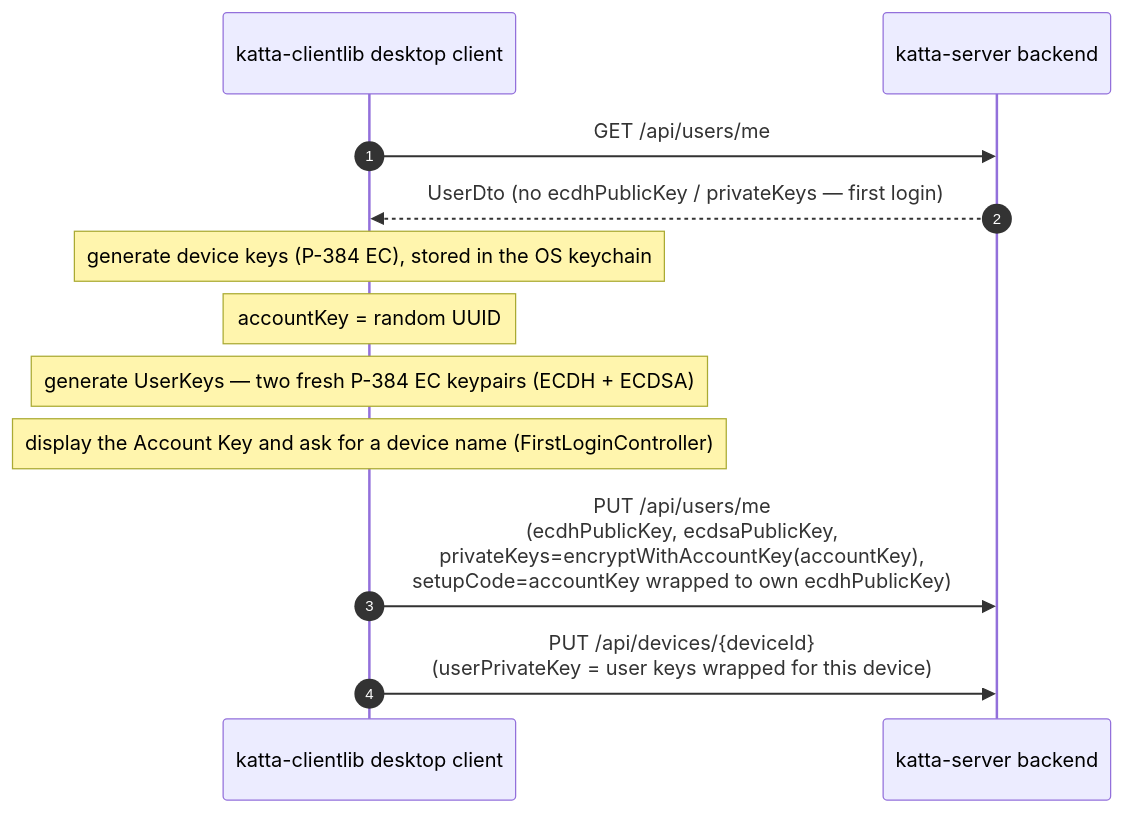
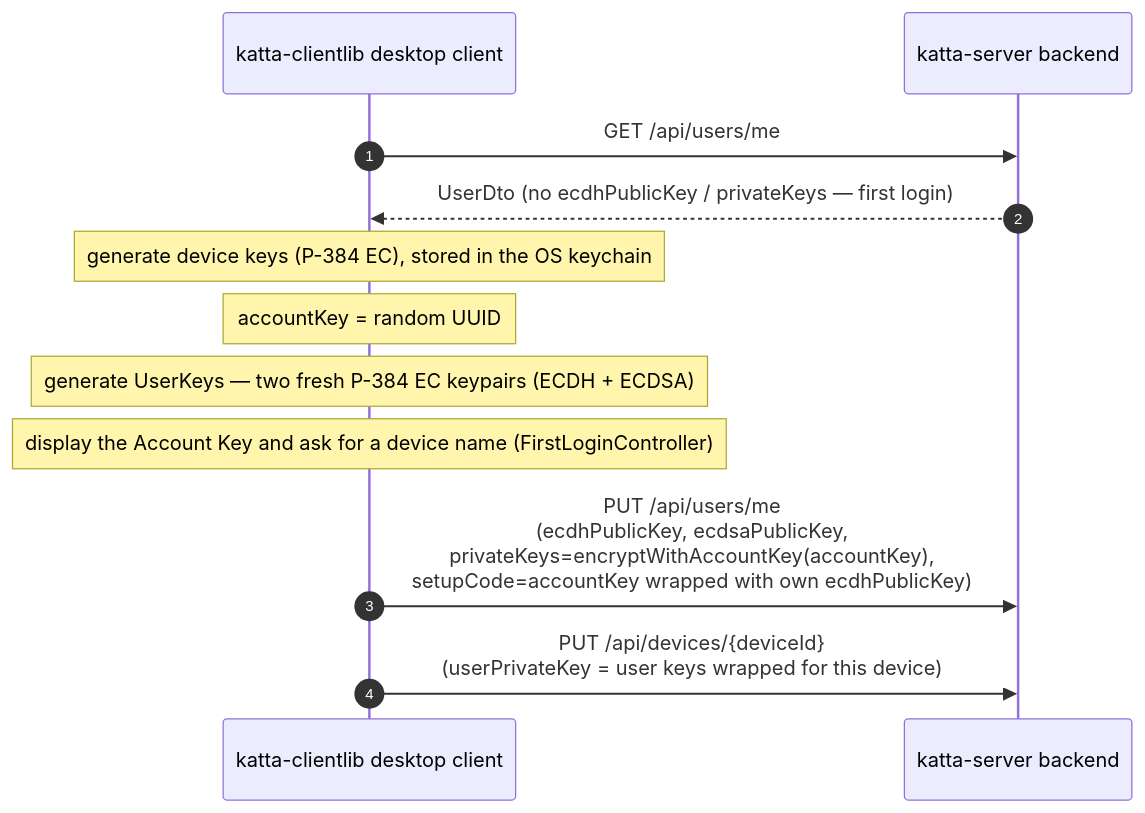
The first of 5 diagrams in docs/account_key_interactions.md (shift7-ch/katta-clientlib), drawn with Mermaid before and after one commit. The commit also changed other lines of this file, not shown here.

First line of the commit message:
Fix ECDH-ES key direction and standardize wrapping terminology

````diff
--- a/docs/account_key_interactions.md
+++ b/docs/account_key_interactions.md
@@ -67,15 +67,15 @@
 ```mermaid
 sequenceDiagram
     autonumber
     participant Desktop as katta-clientlib desktop client
     participant HubBackend as katta-server backend
 
     Desktop->>HubBackend: GET /api/users/me
     HubBackend-->>Desktop: UserDto (no ecdhPublicKey / privateKeys — first login)
     Note over Desktop: generate device keys (P-384 EC), stored in the OS keychain
     Note over Desktop: accountKey = random UUID
     Note over Desktop: generate UserKeys — two fresh P-384 EC keypairs (ECDH + ECDSA)
     Note over Desktop: display the Account Key and ask for a device name (FirstLoginController)
-    Desktop->>HubBackend: PUT /api/users/me<br/>(ecdhPublicKey, ecdsaPublicKey,<br/>privateKeys=encryptWithAccountKey(accountKey),<br/>setupCode=accountKey wrapped to own ecdhPublicKey)
+    Desktop->>HubBackend: PUT /api/users/me<br/>(ecdhPublicKey, ecdsaPublicKey,<br/>privateKeys=encryptWithAccountKey(accountKey),<br/>setupCode=accountKey wrapped with own ecdhPublicKey)
     Desktop->>HubBackend: PUT /api/devices/{deviceId}<br/>(userPrivateKey = user keys wrapped for this device)
 ```
````
